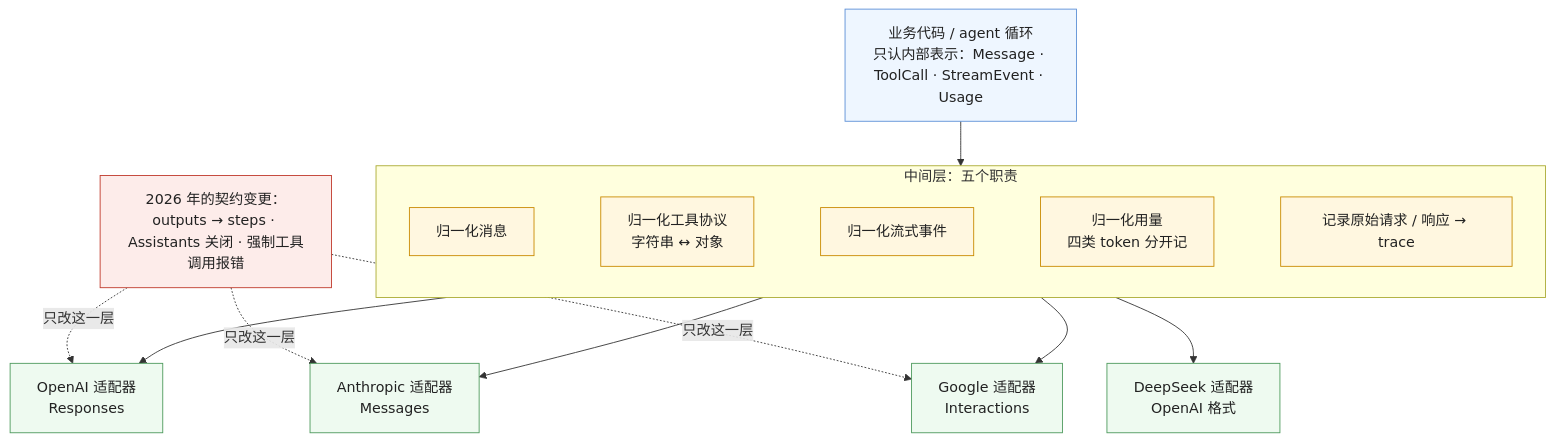
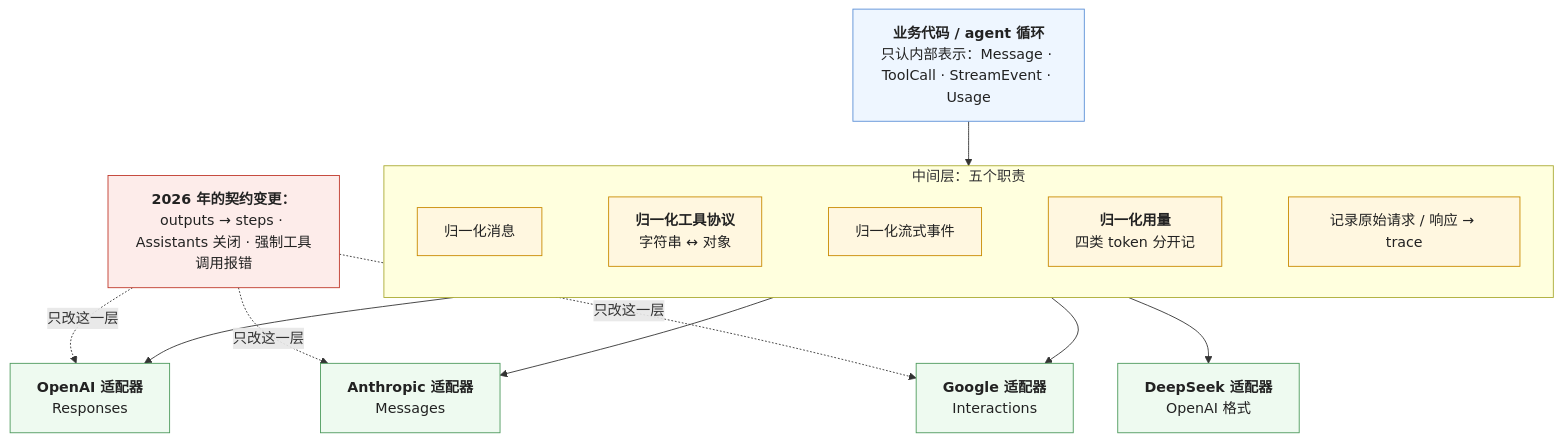
The sixth of 6 diagrams in _posts/2026-09-30-llm-api-contract-messages-tools-structured-output-and-streaming.md (arganzheng/arganzheng.github.com), drawn with Mermaid before and after one commit. The commit also changed other lines of this file and 6 other files, not shown here.

First line of the commit message:
模型作为组件：契约、失效模式与选型：Mermaid 多行方框的首行标为标题（7 篇）

````diff
--- a/_posts/2026-09-30-llm-api-contract-messages-tools-structured-output-and-streaming.md
+++ b/_posts/2026-09-30-llm-api-contract-messages-tools-structured-output-and-streaming.md
@@ -296,19 +296,19 @@
 ```mermaid
 %% 图：中间层的位置——业务代码只看到一种内部的消息、工具调用、流式事件和用量表示；四家适配器各一个文件，契约变更只改对应文件；原始请求与响应从这里记进 trace
 flowchart TB
-    B["业务代码 / agent 循环<br/>只认内部表示：Message · ToolCall · StreamEvent · Usage"] --> M
+    B["<b>业务代码 / agent 循环</b><br/>只认内部表示：Message · ToolCall · StreamEvent · Usage"] --> M
     subgraph M["中间层：五个职责"]
         direction LR
-        M1["归一化消息"] ~~~ M2["归一化工具协议<br/>字符串 ↔ 对象"] ~~~ M3["归一化流式事件"] ~~~ M4["归一化用量<br/>四类 token 分开记"] ~~~ M5["记录原始请求 / 响应 → trace"]
+        M1["归一化消息"] ~~~ M2["<b>归一化工具协议</b><br/>字符串 ↔ 对象"] ~~~ M3["归一化流式事件"] ~~~ M4["<b>归一化用量</b><br/>四类 token 分开记"] ~~~ M5["记录原始请求 / 响应 → trace"]
     end
-    M --> A1["OpenAI 适配器<br/>Responses"] & A2["Anthropic 适配器<br/>Messages"] & A3["Google 适配器<br/>Interactions"] & A4["DeepSeek 适配器<br/>OpenAI 格式"]
-    CH["2026 年的契约变更：<br/>outputs → steps · Assistants 关闭 · 强制工具调用报错"] -.->|"只改这一层"| A1 & A2 & A3
+    M --> A1["<b>OpenAI 适配器</b><br/>Responses"] & A2["<b>Anthropic 适配器</b><br/>Messages"] & A3["<b>Google 适配器</b><br/>Interactions"] & A4["<b>DeepSeek 适配器</b><br/>OpenAI 格式"]
+    CH["<b>2026 年的契约变更：</b><br/>outputs → steps · Assistants 关闭 · 强制工具调用报错"] -.->|"只改这一层"| A1 & A2 & A3
     classDef biz fill:#eef6ff,stroke:#5b8fd6,color:#222
     classDef mid fill:#fff7e0,stroke:#c98a00,color:#222
     classDef ad fill:#eefaf0,stroke:#4d9a5c,color:#222
     classDef chg fill:#fdecea,stroke:#c0392b,color:#222
     class B biz
     class M1,M2,M3,M4,M5 mid
     class A1,A2,A3,A4 ad
     class CH chg
 ```
````
